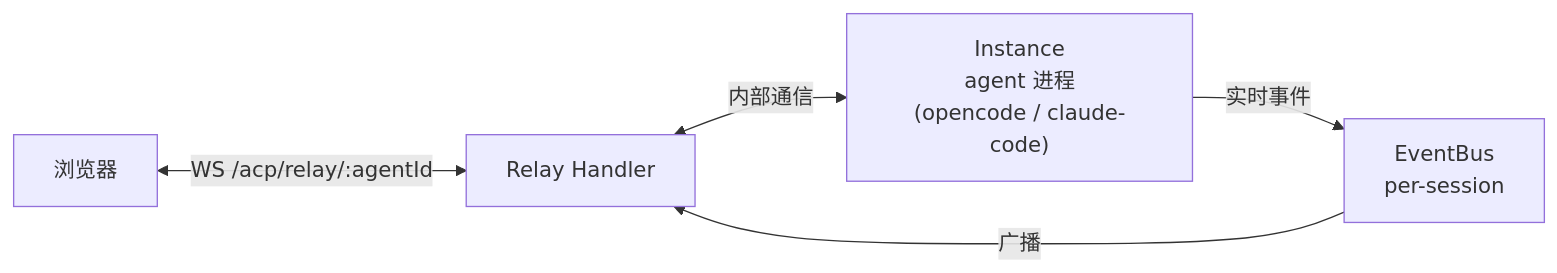
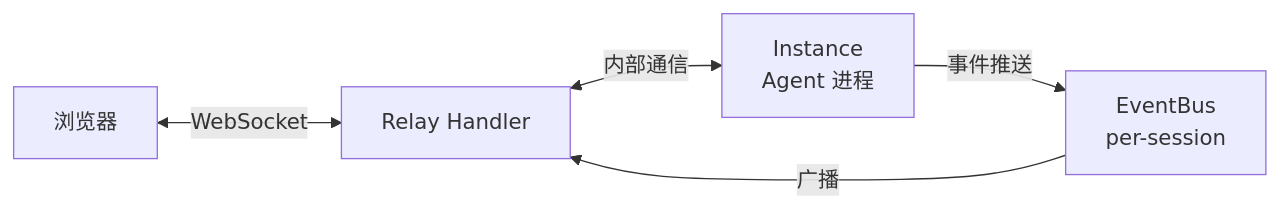
One commit to HuangPuStar/FenixAgent changed the second of 2 diagrams in docs/arch/05-chat.md. Above: the diagram before and after it, drawn with Mermaid. The commit also changed other lines of this file and 15 other files, not shown here.

````diff
--- a/docs/arch/05-chat.md
+++ b/docs/arch/05-chat.md
@@ -34,7 +52,7 @@
 ```mermaid
 flowchart LR
-    B["浏览器"] <-->|"WS /acp/relay/:agentId"| R["Relay Handler"]
-    R <-->|"内部通信"| I["Instance<br/>agent 进程<br/>(opencode / claude-code)"]
-    I -->|"实时事件"| EB["EventBus<br/>per-session"]
+    B["浏览器"] <-->|"WebSocket"| R["Relay Handler"]
+    R <-->|"内部通信"| I["Instance<br/>Agent 进程"]
+    I -->|"事件推送"| EB["EventBus<br/>per-session"]
     EB -->|"广播"| R
 ```
````
